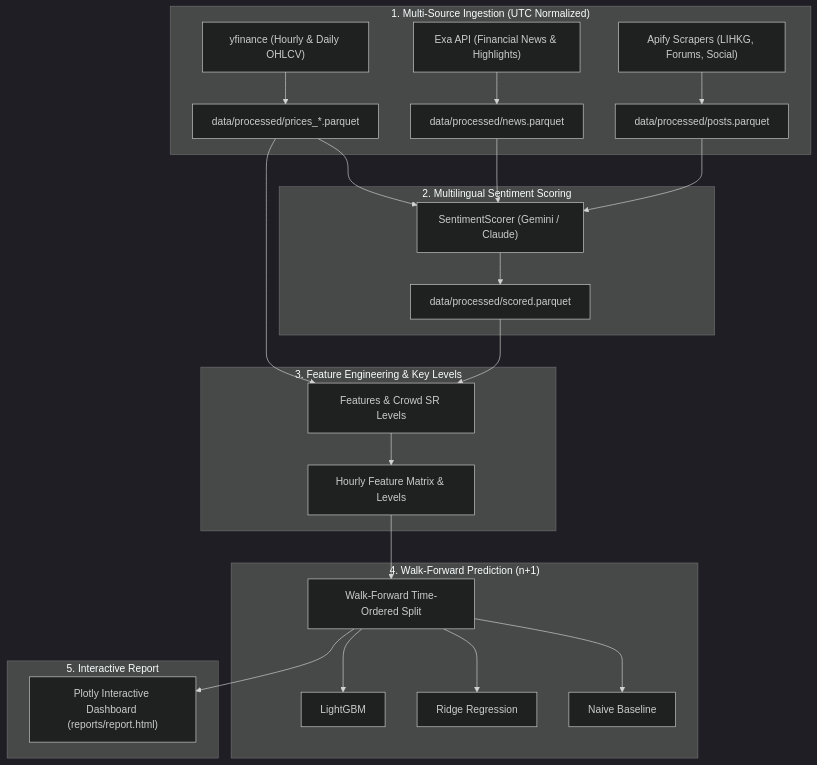
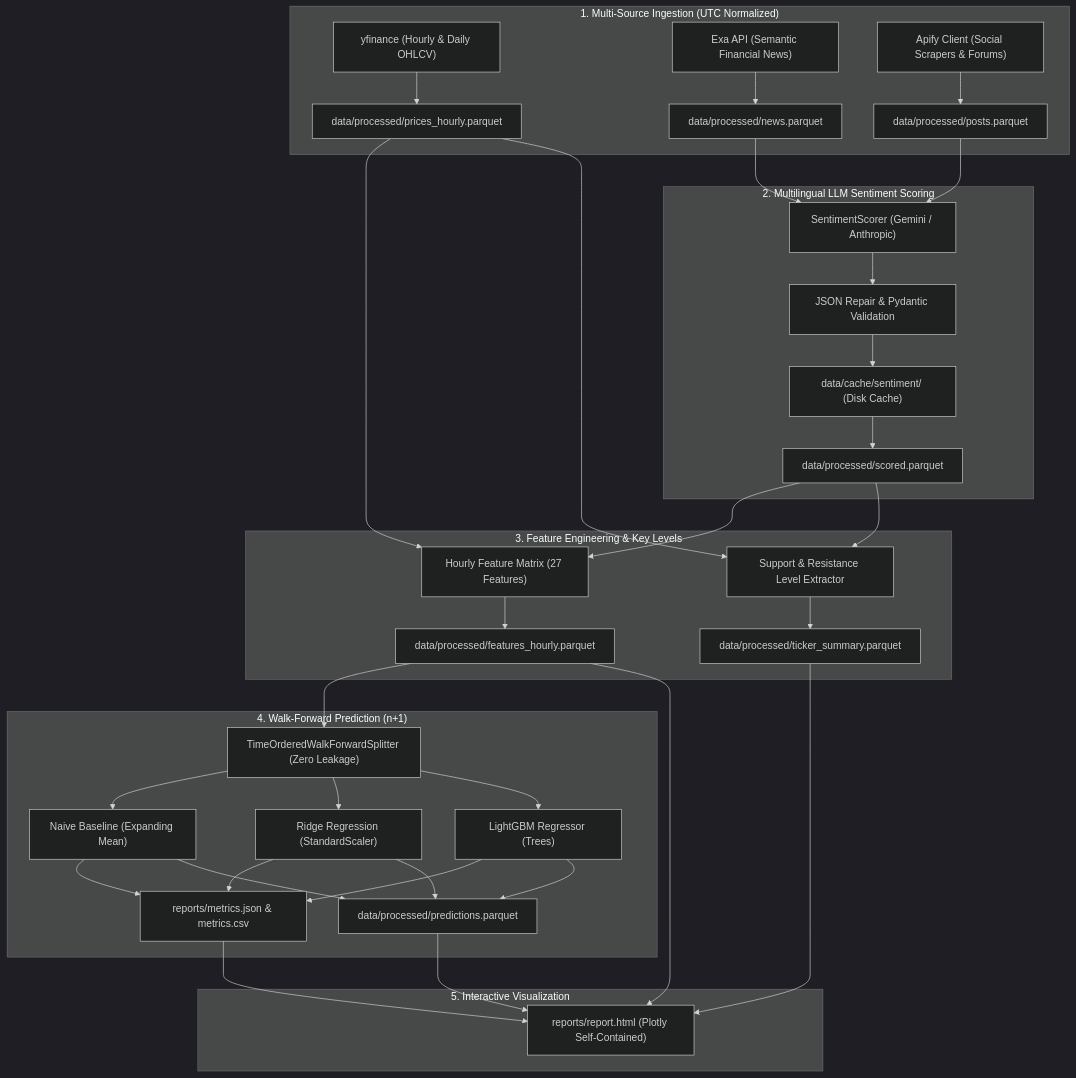
One commit to Deepanshunanure/sentiment-price-agent changed the diagram in README.md. Above: the diagram before and after it, drawn with Mermaid (dark theme). The commit also changed other lines of this file and 2 other files, not shown here.

Commit message:
docs(stage6): finalize comprehensive documentation, architecture, and integration tests

````diff
--- a/README.md
+++ b/README.md
@@ -9,30 +14,35 @@
 ```mermaid
 flowchart TD
-    subgraph DataIngestion ["1. Multi-Source Ingestion (UTC Normalized)"]
-        YF["yfinance (Hourly & Daily OHLCV)"] --> P_PARQUET["data/processed/prices_*.parquet"]
-        EXA["Exa API (Financial News & Highlights)"] --> N_PARQUET["data/processed/news.parquet"]
-        APIFY["Apify Scrapers (LIHKG, Forums, Social)"] --> S_PARQUET["data/processed/posts.parquet"]
+    subgraph Ingestion ["1. Multi-Source Ingestion (UTC Normalized)"]
+        YF["yfinance (Hourly & Daily OHLCV)"] --> P_PARQUET["data/processed/prices_hourly.parquet"]
+        EXA["Exa API (Semantic Financial News)"] --> N_PARQUET["data/processed/news.parquet"]
+        APIFY["Apify Client (Social Scrapers & Forums)"] --> S_PARQUET["data/processed/posts.parquet"]
     end
 
-    subgraph LLMScoring ["2. Multilingual Sentiment Scoring"]
-        P_PARQUET & N_PARQUET & S_PARQUET --> SCORER["SentimentScorer (Gemini / Claude)"]
-        SCORER --> SCORED_PARQUET["data/processed/scored.parquet"]
+    subgraph Scoring ["2. Multilingual LLM Sentiment Scoring"]
+        S_PARQUET & N_PARQUET --> LLM["SentimentScorer (Gemini / Anthropic)"]
+        LLM --> PARSE["JSON Repair & Pydantic Validation"]
+        PARSE --> CACHE_SENT["data/cache/sentiment/ (Disk Cache)"]
+        CACHE_SENT --> SCORED_PARQUET["data/processed/scored.parquet"]
     end
 
-    subgraph FeatureEngineering ["3. Feature Engineering & Key Levels"]
-        SCORED_PARQUET --> FEAT["Features & Crowd SR Levels"]
-        P_PARQUET --> FEAT
-        FEAT --> FEAT_MATRIX["Hourly Feature Matrix & Levels"]
+    subgraph FeaturesLevels ["3. Feature Engineering & Key Levels"]
+        P_PARQUET & SCORED_PARQUET --> FEAT["Hourly Feature Matrix (27 Features)"]
+        FEAT --> FEAT_PARQUET["data/processed/features_hourly.parquet"]
+        P_PARQUET & SCORED_PARQUET --> LEVELS["Support & Resistance Level Extractor"]
+        LEVELS --> SUMM_PARQUET["data/processed/ticker_summary.parquet"]
     end
 
     subgraph Modeling ["4. Walk-Forward Prediction (n+1)"]
-        FEAT_MATRIX --> WF_EVAL["Walk-Forward Time-Ordered Split"]
-        WF_EVAL --> BASELINE["Naive Baseline"]
-        WF_EVAL --> RIDGE["Ridge Regression"]
-        WF_EVAL --> LGBM["LightGBM"]
+        FEAT_PARQUET --> SPLIT["TimeOrderedWalkForwardSplitter (Zero Leakage)"]
+        SPLIT --> BASELINE["Naive Baseline (Expanding Mean)"]
+        SPLIT --> RIDGE["Ridge Regression (StandardScaler)"]
+        SPLIT --> LGBM["LightGBM Regressor (Trees)"]
+        BASELINE & RIDGE & LGBM --> METRICS["reports/metrics.json & metrics.csv"]
+        BASELINE & RIDGE & LGBM --> PREDS["data/processed/predictions.parquet"]
     end
 
-    subgraph Visualization ["5. Interactive Report"]
-        WF_EVAL --> REPORT["Plotly Interactive Dashboard (reports/report.html)"]
+    subgraph Dashboard ["5. Interactive Visualization"]
+        SUMM_PARQUET & FEAT_PARQUET & PREDS & METRICS --> DASHBOARD["reports/report.html (Plotly Self-Contained)"]
     end
 ```
````
